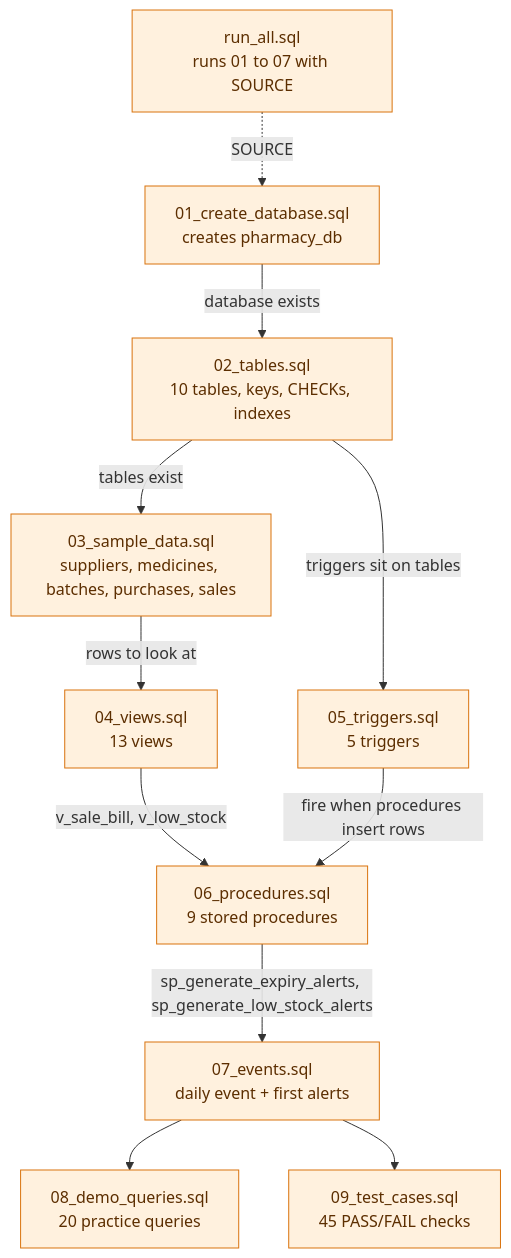
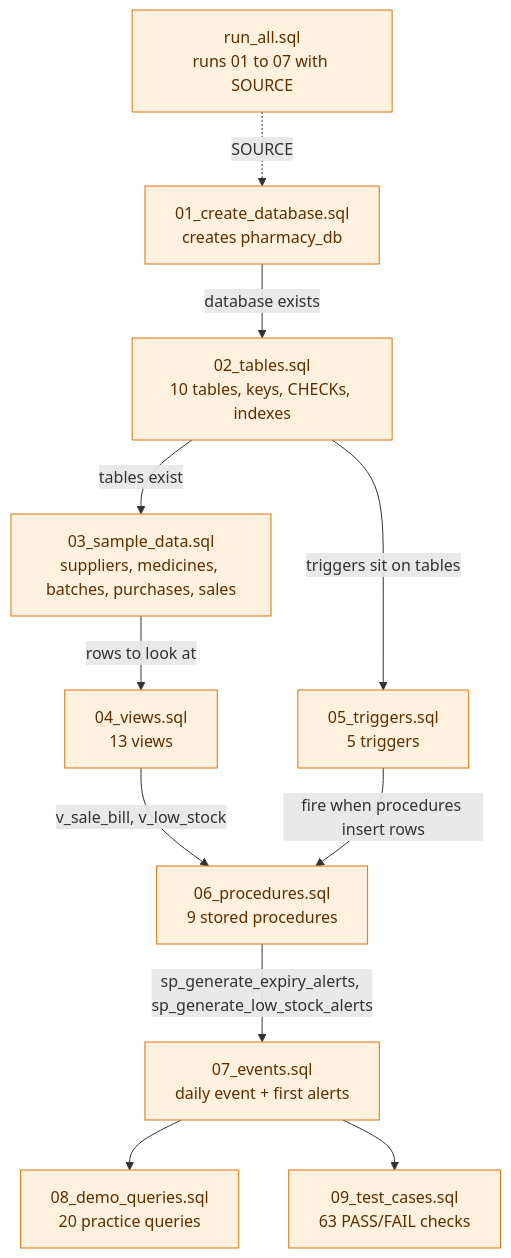
The first of 2 diagrams in docs/file_connections.md (Sayan59das/Pharmacy-Inventory-Expiry-Management-System), drawn with Mermaid before and after one commit. The commit also changed 6 other files, not shown here.

````diff
--- a/docs/file_connections.md
+++ b/docs/file_connections.md
@@ -26,27 +26,27 @@
 ```mermaid
 flowchart TD
     RUN["run_all.sql<br/>runs 01 to 07 with SOURCE"]
     S01["01_create_database.sql<br/>creates pharmacy_db"]
     S02["02_tables.sql<br/>10 tables, keys, CHECKs, indexes"]
     S03["03_sample_data.sql<br/>suppliers, medicines, batches, purchases, sales"]
     S04["04_views.sql<br/>13 views"]
     S05["05_triggers.sql<br/>5 triggers"]
     S06["06_procedures.sql<br/>9 stored procedures"]
     S07["07_events.sql<br/>daily event + first alerts"]
     T08["08_demo_queries.sql<br/>20 practice queries"]
-    T09["09_test_cases.sql<br/>45 PASS/FAIL checks"]
+    T09["09_test_cases.sql<br/>63 PASS/FAIL checks"]
 
     RUN -.->|SOURCE| S01
     S01 -->|database exists| S02
     S02 -->|tables exist| S03
     S03 -->|rows to look at| S04
     S02 -->|triggers sit on tables| S05
     S04 -->|v_sale_bill, v_low_stock| S06
     S05 -->|fire when procedures insert rows| S06
     S06 -->|sp_generate_expiry_alerts, sp_generate_low_stock_alerts| S07
     S07 --> T08
     S07 --> T09
 
     classDef db fill:#fff1de,stroke:#d9730d,color:#5c2e00;
     class RUN,S01,S02,S03,S04,S05,S06,S07,T08,T09 db;
 ```
````
